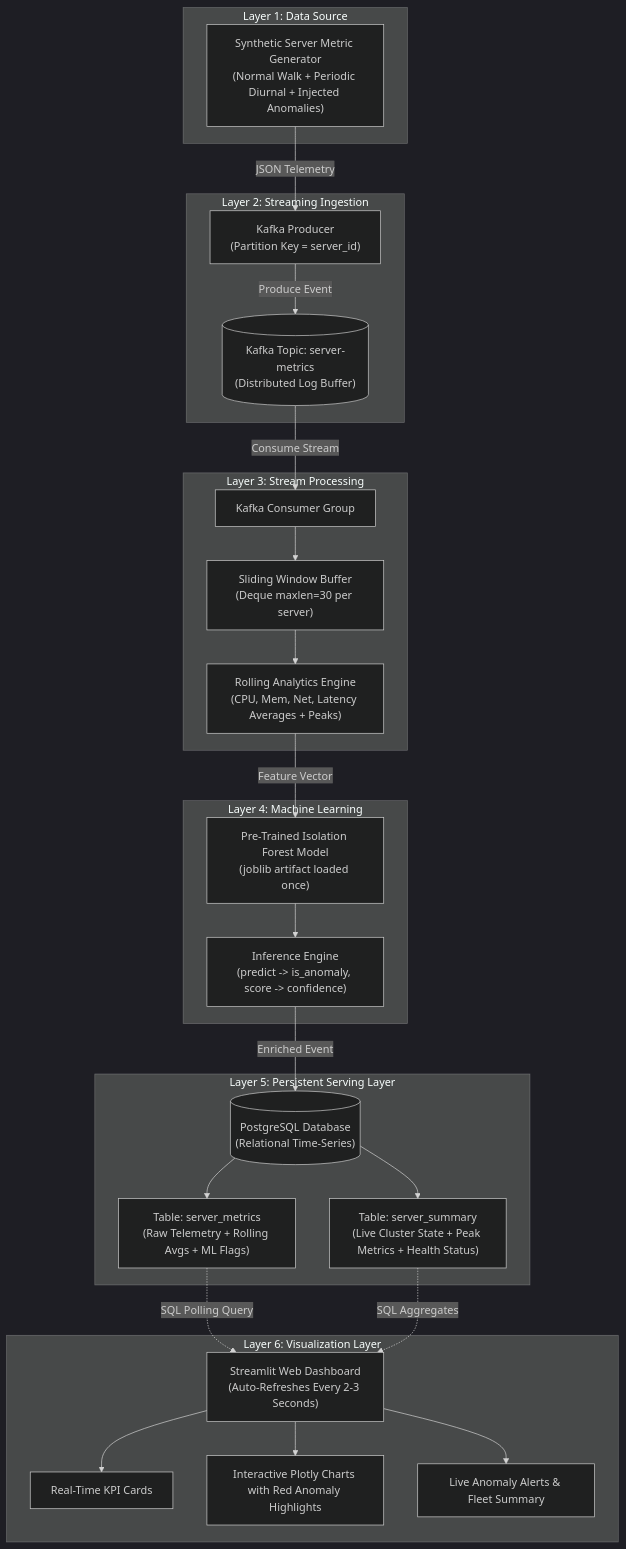
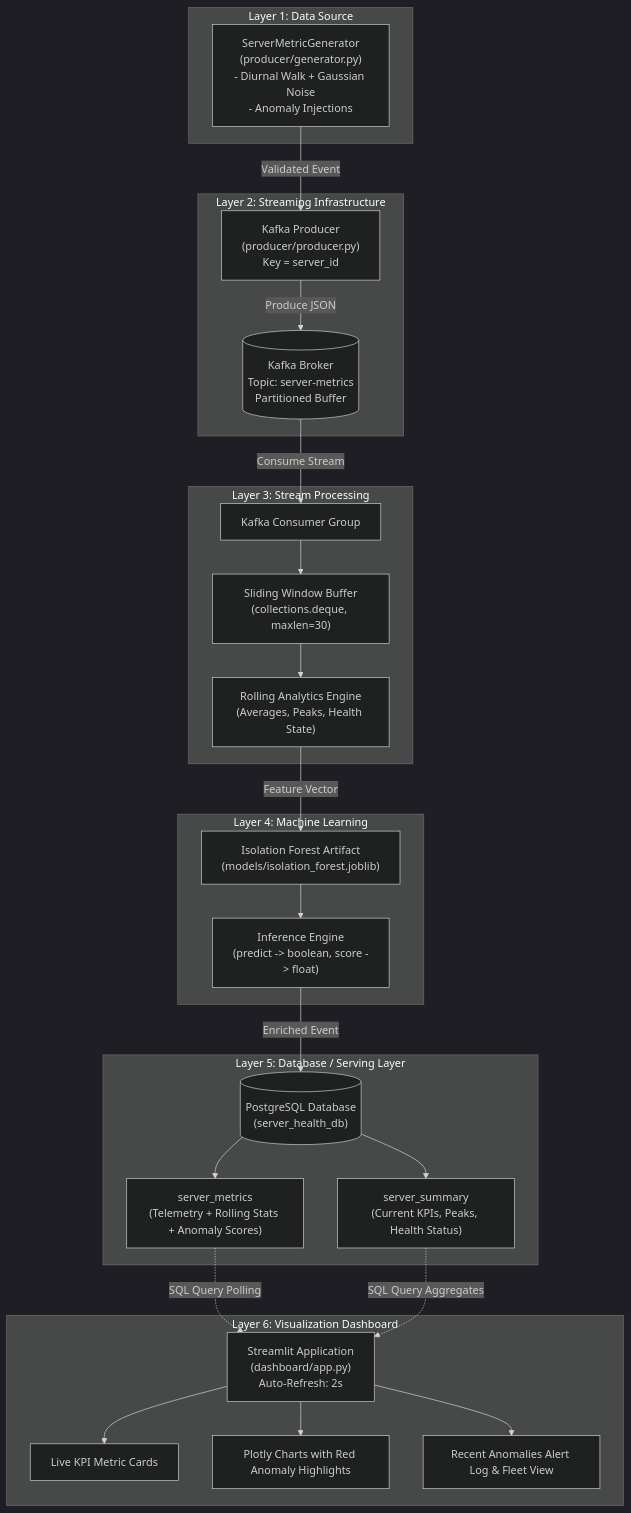
One commit to kabillanta/DSA-miniproject changed the diagram in docs/PROJECT_REPORT.md. Above: the diagram before and after it, drawn with Mermaid (dark theme). The commit also changed other lines of this file and 8 other files, not shown here.

Commit message:
docs: complete academic project report, architecture spec, traceability matrix, and PDF

````diff
--- a/docs/PROJECT_REPORT.md
+++ b/docs/PROJECT_REPORT.md
@@ -80,51 +79,51 @@
 ```mermaid
 flowchart TD
-    subgraph Layer1["Layer 1: Data Source"]
-        SMG["Synthetic Server Metric Generator<br/>(Normal Walk + Periodic Diurnal + Injected Anomalies)"]
+    subgraph L1["Layer 1: Data Source"]
+        GEN["ServerMetricGenerator<br/>(producer/generator.py)<br/>- Diurnal Walk + Gaussian Noise<br/>- Anomaly Injections"]
     end
 
-    subgraph Layer2["Layer 2: Streaming Ingestion"]
-        KP["Kafka Producer<br/>(Partition Key = server_id)"]
-        KT[("Kafka Topic: server-metrics<br/>(Distributed Log Buffer)")]
+    subgraph L2["Layer 2: Streaming Infrastructure"]
+        KP["Kafka Producer<br/>(producer/producer.py)<br/>Key = server_id"]
+        KB[("Kafka Broker<br/>Topic: server-metrics<br/>Partitioned Buffer")]
     end
 
-    subgraph Layer3["Layer 3: Stream Processing"]
+    subgraph L3["Layer 3: Stream Processing"]
         KC["Kafka Consumer Group"]
-        SW["Sliding Window Buffer<br/>(Deque maxlen=30 per server)"]
-        RA["Rolling Analytics Engine<br/>(CPU, Mem, Net, Latency Averages + Peaks)"]
+        SW["Sliding Window Buffer<br/>(collections.deque, maxlen=30)"]
+        RA["Rolling Analytics Engine<br/>(Averages, Peaks, Health State)"]
     end
 
-    subgraph Layer4["Layer 4: Machine Learning"]
-        IFM["Pre-Trained Isolation Forest Model<br/>(joblib artifact loaded once)"]
-        INF["Inference Engine<br/>(predict -> is_anomaly, score -> confidence)"]
+    subgraph L4["Layer 4: Machine Learning"]
+        IF["Isolation Forest Artifact<br/>(models/isolation_forest.joblib)"]
+        INF["Inference Engine<br/>(predict -> boolean, score -> float)"]
     end
 
-    subgraph Layer5["Layer 5: Persistent Serving Layer"]
-        PG[("PostgreSQL Database<br/>(Relational Time-Series)")]
-        T1["Table: server_metrics<br/>(Raw Telemetry + Rolling Avgs + ML Flags)"]
-        T2["Table: server_summary<br/>(Live Cluster State + Peak Metrics + Health Status)"]
+    subgraph L5["Layer 5: Database / Serving Layer"]
+        PG[("PostgreSQL Database<br/>(server_health_db)")]
+        T1["server_metrics<br/>(Telemetry + Rolling Stats + Anomaly Scores)"]
+        T2["server_summary<br/>(Current KPIs, Peaks, Health Status)"]
     end
 
-    subgraph Layer6["Layer 6: Visualization Layer"]
-        ST["Streamlit Web Dashboard<br/>(Auto-Refreshes Every 2-3 Seconds)"]
-        KPI["Real-Time KPI Cards"]
-        PLT["Interactive Plotly Charts with Red Anomaly Highlights"]
-        ALT["Live Anomaly Alerts & Fleet Summary"]
+    subgraph L6["Layer 6: Visualization Dashboard"]
+        ST["Streamlit Application<br/>(dashboard/app.py)<br/>Auto-Refresh: 2s"]
+        KPI["Live KPI Metric Cards"]
+        PLT["Plotly Charts with Red Anomaly Highlights"]
+        ALT["Recent Anomalies Alert Log & Fleet View"]
     end
 
-    SMG -->|JSON Telemetry| KP
-    KP -->|Produce Event| KT
-    KT -->|Consume Stream| KC
+    GEN -->|Validated Event| KP
+    KP -->|Produce JSON| KB
+    KB -->|Consume Stream| KC
     KC --> SW
     SW --> RA
-    RA -->|Feature Vector| IFM
-    IFM --> INF
+    RA -->|Feature Vector| IF
+    IF --> INF
     INF -->|Enriched Event| PG
     PG --> T1
     PG --> T2
-    T1 -.->|SQL Polling Query| ST
-    T2 -.->|SQL Aggregates| ST
+    T1 -.->|SQL Query Polling| ST
+    T2 -.->|SQL Query Aggregates| ST
     ST --> KPI
     ST --> PLT
     ST --> ALT
 ```
````
